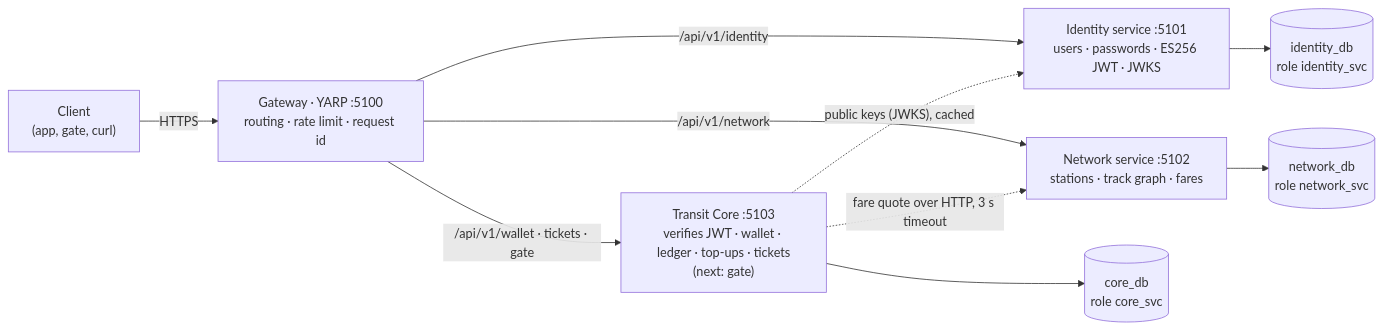
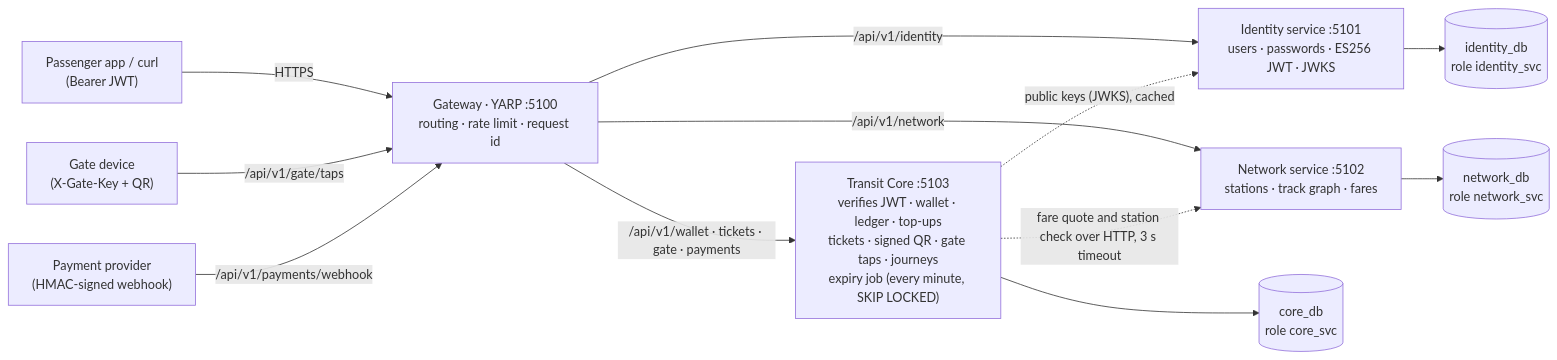
Before and after one commit to istiak133/transit-pass: the first of 3 diagrams in README.md, drawn with Mermaid. The commit also changed other lines of this file and 5 other files, not shown here.

````diff
--- a/README.md
+++ b/README.md
@@ -113,12 +169,14 @@
 ```mermaid
 flowchart LR
-    C["Client<br/>(app, gate, curl)"] -->|HTTPS| G["Gateway · YARP :5100<br/>routing · rate limit · request id"]
+    C["Passenger app / curl<br/>(Bearer JWT)"] -->|HTTPS| G["Gateway · YARP :5100<br/>routing · rate limit · request id"]
+    D["Gate device<br/>(X-Gate-Key + QR)"] -->|/api/v1/gate/taps| G
+    P["Payment provider<br/>(HMAC-signed webhook)"] -->|/api/v1/payments/webhook| G
     G -->|/api/v1/identity| I["Identity service :5101<br/>users · passwords · ES256 JWT · JWKS"]
     G -->|/api/v1/network| N["Network service :5102<br/>stations · track graph · fares"]
-    G -->|/api/v1/wallet · tickets · gate| T["Transit Core :5103<br/>verifies JWT · wallet · ledger · top-ups · tickets<br/>(next: gate)"]
+    G -->|/api/v1/wallet · tickets · gate · payments| T["Transit Core :5103<br/>verifies JWT · wallet · ledger · top-ups<br/>tickets · signed QR · gate taps · journeys<br/>expiry job (every minute, SKIP LOCKED)"]
     T -. "public keys (JWKS), cached" .-> I
-    T -. "fare quote over HTTP, 3 s timeout" .-> N
+    T -. "fare quote and station check over HTTP, 3 s timeout" .-> N
     I --> IDB[("identity_db<br/>role identity_svc")]
     N --> NDB[("network_db<br/>role network_svc")]
     T --> CDB[("core_db<br/>role core_svc")]
 ```
````
